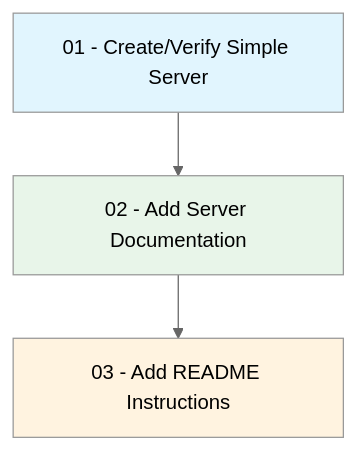
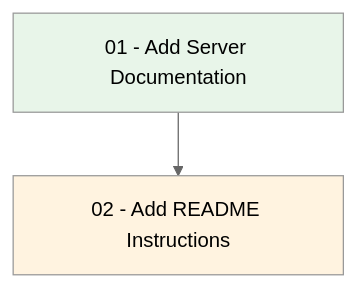
The third of 3 diagrams in plan/feature-lets-add-docu-for-the-simple-server-and-instructions-to-readme/00-overview.md (kevin-voss/crew-ai-demo-project), drawn with Mermaid (neutral theme) before and after one commit. The commit also changed other lines of this file and 2 other files, not shown here.

````diff
--- a/plan/feature-lets-add-docu-for-the-simple-server-and-instructions-to-readme/00-overview.md
+++ b/plan/feature-lets-add-docu-for-the-simple-server-and-instructions-to-readme/00-overview.md
@@ -71,9 +72,7 @@
 ```mermaid
 graph TD
-    A[01 - Create/Verify Simple Server] --> B[02 - Add Server Documentation]
-    B --> C[03 - Add README Instructions]
+    A[01 - Add Server Documentation] --> B[02 - Add README Instructions]
 
-    style A fill:#e1f5fe
-    style B fill:#e8f5e9
-    style C fill:#fff3e0
+    style A fill:#e8f5e9
+    style B fill:#fff3e0
 ```
````
